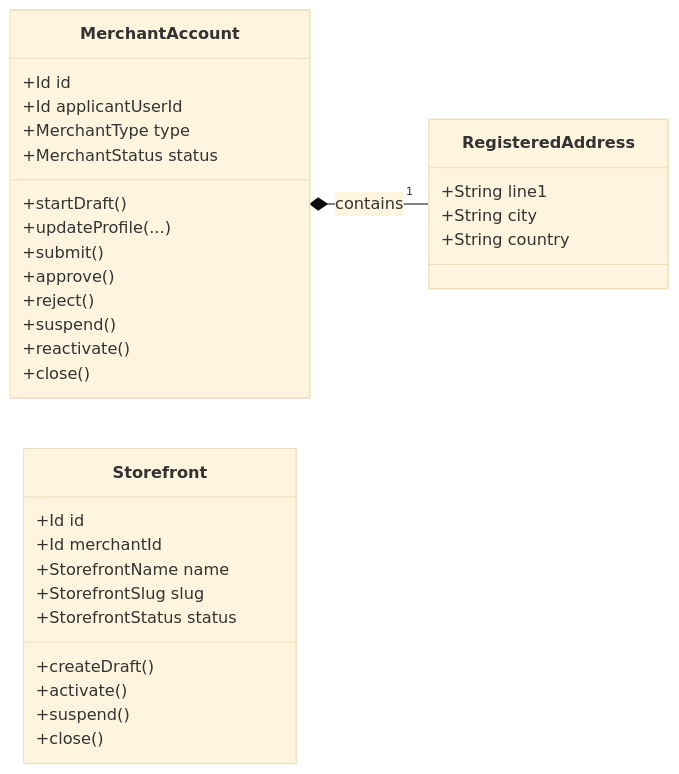
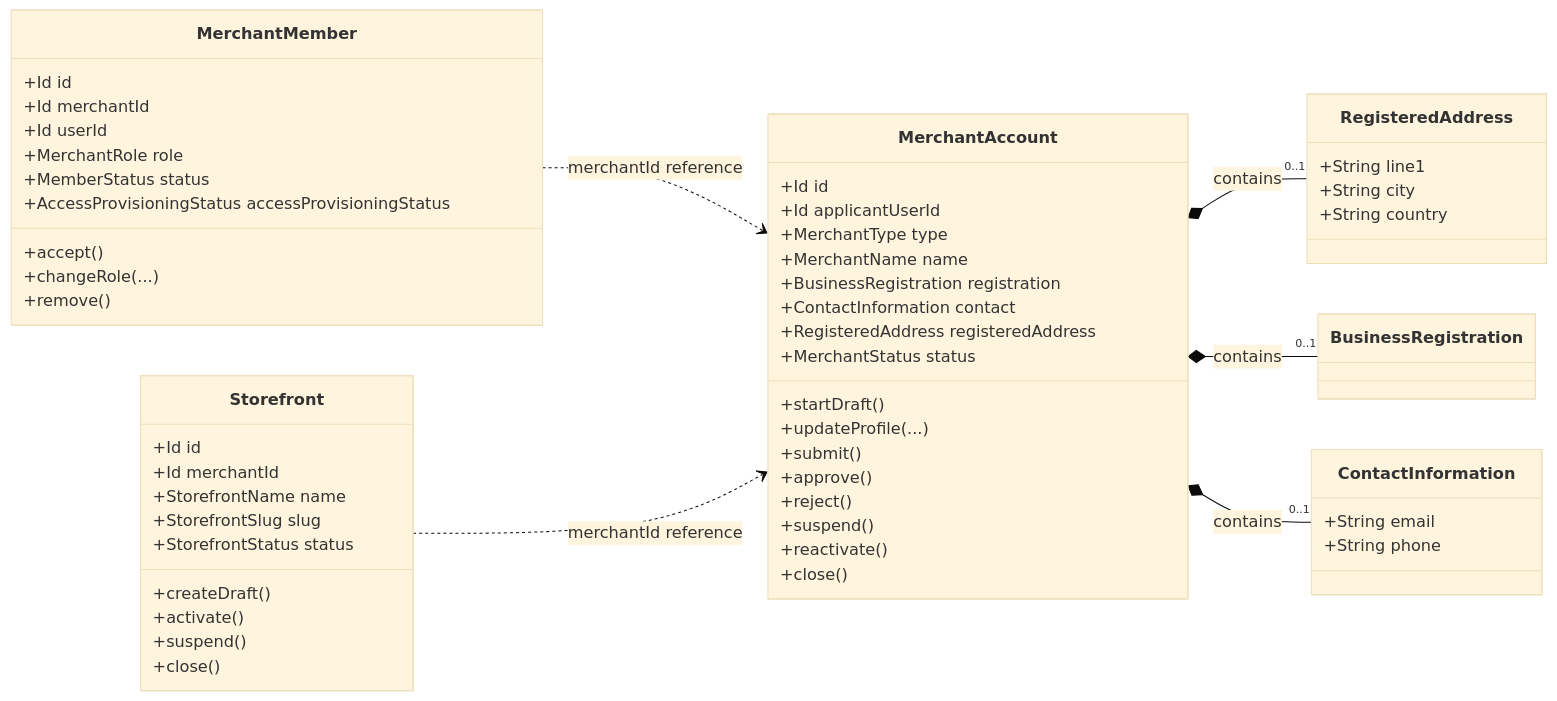
Before and after one commit to khinemyaezin/grab: the second of 3 diagrams in docs/spec/domain/merchant/architecture/merchant-domain-spec.md, drawn with Mermaid (base theme). The commit also changed other lines of this file and 47 other files, not shown here.

Commit message:
feat: implement provisioning commands and events for marketplace and merchant website channels

````diff
--- a/docs/spec/domain/merchant/architecture/merchant-domain-spec.md
+++ b/docs/spec/domain/merchant/architecture/merchant-domain-spec.md
@@ -64,39 +74,64 @@
 ```mermaid
 classDiagram
     direction LR
 
     class MerchantAccount {
         +Id id
         +Id applicantUserId
         +MerchantType type
+        +MerchantName name
+        +BusinessRegistration registration
+        +ContactInformation contact
+        +RegisteredAddress registeredAddress
         +MerchantStatus status
         +startDraft()
         +updateProfile(...)
         +submit()
         +approve()
         +reject()
         +suspend()
         +reactivate()
         +close()
+    }
+
+    class MerchantMember {
+        +Id id
+        +Id merchantId
+        +Id userId
+        +MerchantRole role
+        +MemberStatus status
+        +AccessProvisioningStatus accessProvisioningStatus
+        +accept()
+        +changeRole(...)
+        +remove()
     }
 
     class Storefront {
         +Id id
         +Id merchantId
         +StorefrontName name
         +StorefrontSlug slug
         +StorefrontStatus status
         +createDraft()
         +activate()
         +suspend()
         +close()
     }
-    
+
     class RegisteredAddress {
         +String line1
         +String city
         +String country
     }
 
-    MerchantAccount *-- "1" RegisteredAddress : contains
+    class ContactInformation {
+        +String email
+        +String phone
+    }
+
+    MerchantAccount *-- "0..1" RegisteredAddress : contains
+    MerchantAccount *-- "0..1" BusinessRegistration : contains
+    MerchantAccount *-- "0..1" ContactInformation : contains
+    MerchantMember ..> MerchantAccount : merchantId reference
+    Storefront ..> MerchantAccount : merchantId reference
 ```
````
